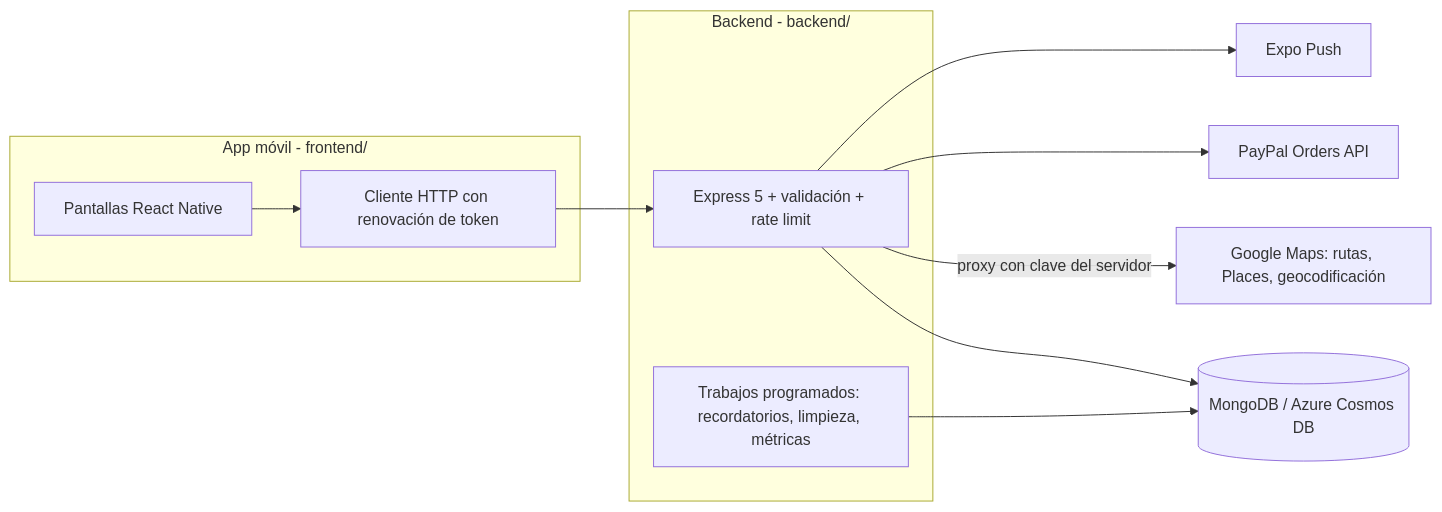
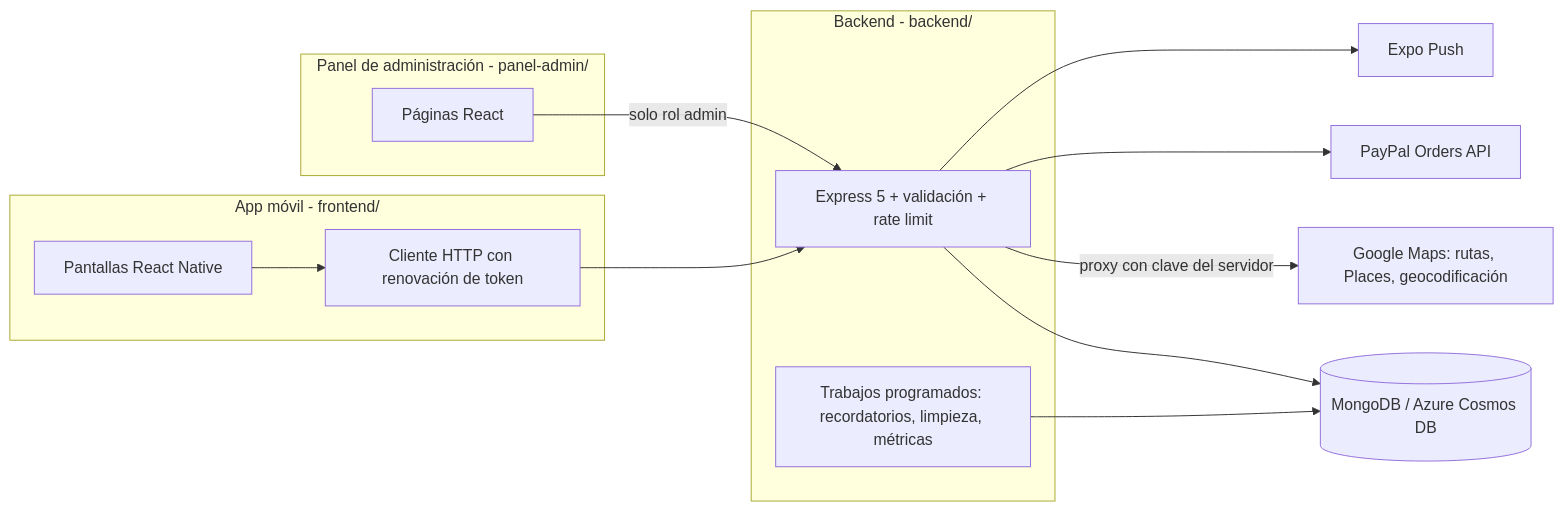
The fourth of 4 diagrams in README.md (tormentionrex-hub/saferide), drawn with Mermaid before and after one commit. The commit also changed other lines of this file and 14 other files, not shown here.

First line of the commit message:
docs: README con el panel de administración, capturas, flujo, arquitectura y créditos

````diff
--- a/README.md
+++ b/README.md
@@ -118,22 +244,26 @@
 ```mermaid
 flowchart LR
     subgraph Telefono[App móvil - frontend/]
         UI[Pantallas React Native]
         AX[Cliente HTTP con renovación de token]
+    end
+    subgraph Web[Panel de administración - panel-admin/]
+        PA[Páginas React]
     end
     subgraph API[Backend - backend/]
         EX[Express 5 + validación + rate limit]
         JOB[Trabajos programados: recordatorios, limpieza, métricas]
     end
     DB[(MongoDB / Azure Cosmos DB)]
     GM[Google Maps: rutas, Places, geocodificación]
     PP[PayPal Orders API]
     EXPO[Expo Push]
 
     UI --> AX --> EX
+    PA -->|solo rol admin| EX
     EX --> DB
     JOB --> DB
     EX -->|proxy con clave del servidor| GM
     EX --> PP
     EX --> EXPO
 ```
````
